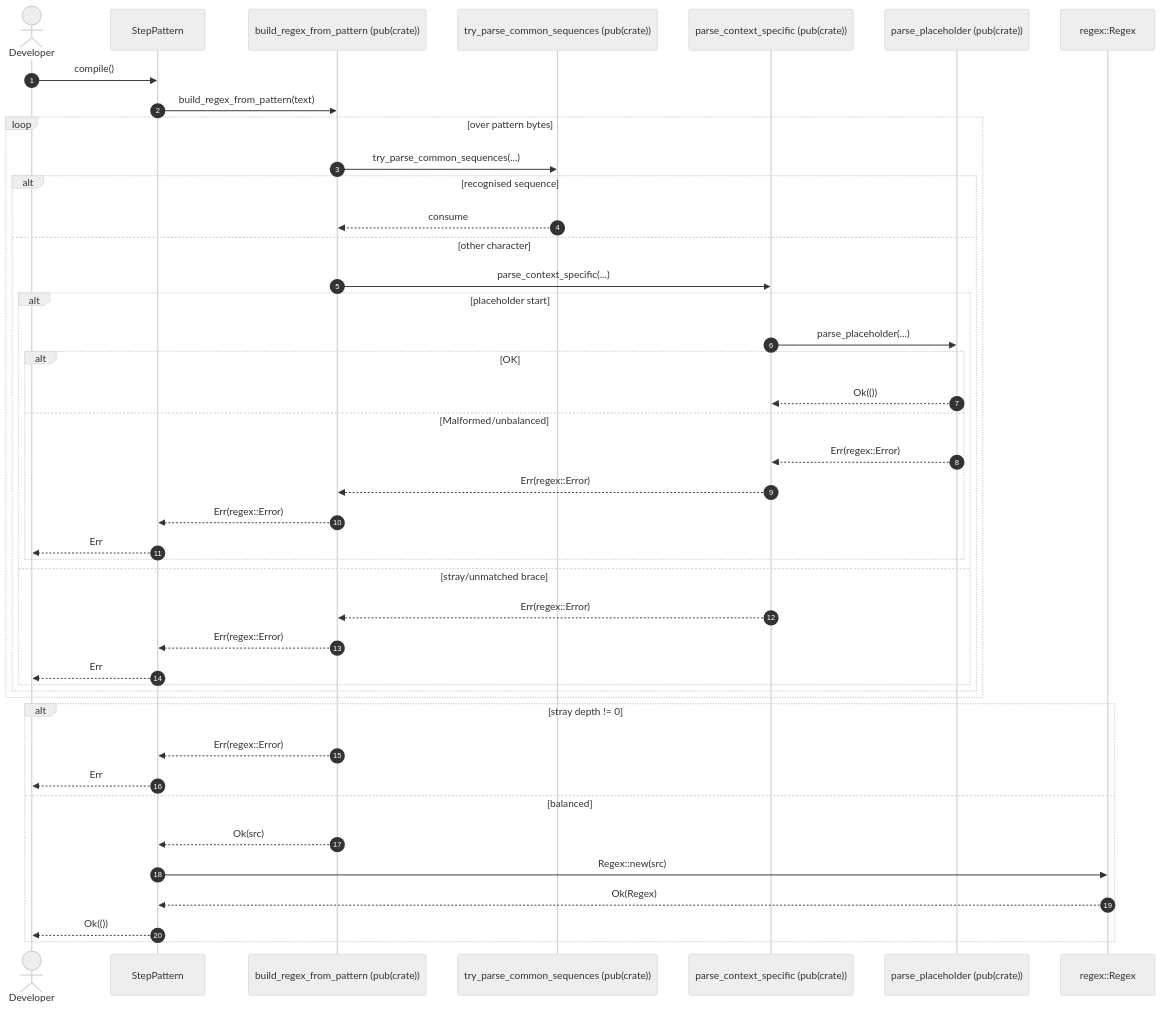
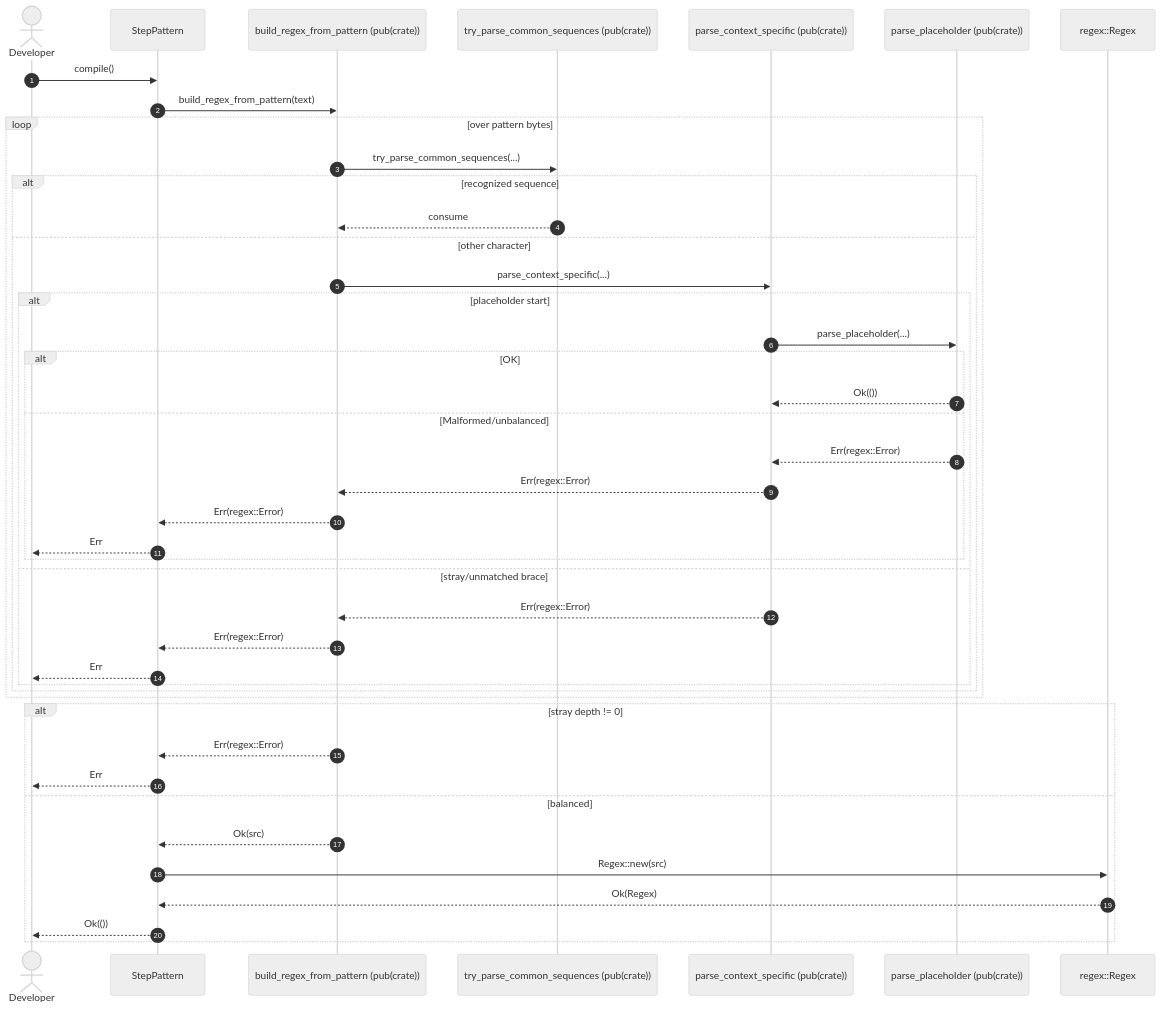
One commit to leynos/rstest-bdd changed the first of 7 diagrams in docs/rstest-bdd-design.md. Above: the diagram before and after it, drawn with Mermaid (neutral theme). The commit also changed other lines of this file and 3 other files, not shown here.

````diff
--- a/docs/rstest-bdd-design.md
+++ b/docs/rstest-bdd-design.md
@@ -483,46 +483,46 @@
 ```mermaid
 sequenceDiagram
   autonumber
   actor Dev as Developer
   participant SP as StepPattern
   participant RB as build_regex_from_pattern (pub(crate))
   participant TC as try_parse_common_sequences (pub(crate))
   participant PC as parse_context_specific (pub(crate))
   participant PP as parse_placeholder (pub(crate))
   participant RX as regex::Regex
 
   Dev->>SP: compile()
   SP->>RB: build_regex_from_pattern(text)
   loop over pattern bytes
     RB->>TC: try_parse_common_sequences(...)
-    alt recognised sequence
+    alt recognized sequence
       TC-->>RB: consume
     else other character
       RB->>PC: parse_context_specific(...)
       alt placeholder start
         PC->>PP: parse_placeholder(...)
         alt OK
           PP-->>PC: Ok(())
         else Malformed/unbalanced
           PP-->>PC: Err(regex::Error)
           PC-->>RB: Err(regex::Error)
           RB-->>SP: Err(regex::Error)
           SP-->>Dev: Err
         end
       else stray/unmatched brace
         PC-->>RB: Err(regex::Error)
         RB-->>SP: Err(regex::Error)
         SP-->>Dev: Err
       end
     end
   end
   alt stray depth != 0
     RB-->>SP: Err(regex::Error)
     SP-->>Dev: Err
   else balanced
     RB-->>SP: Ok(src)
     SP->>RX: Regex::new(src)
     RX-->>SP: Ok(Regex)
     SP-->>Dev: Ok(())
   end
 ```
````
